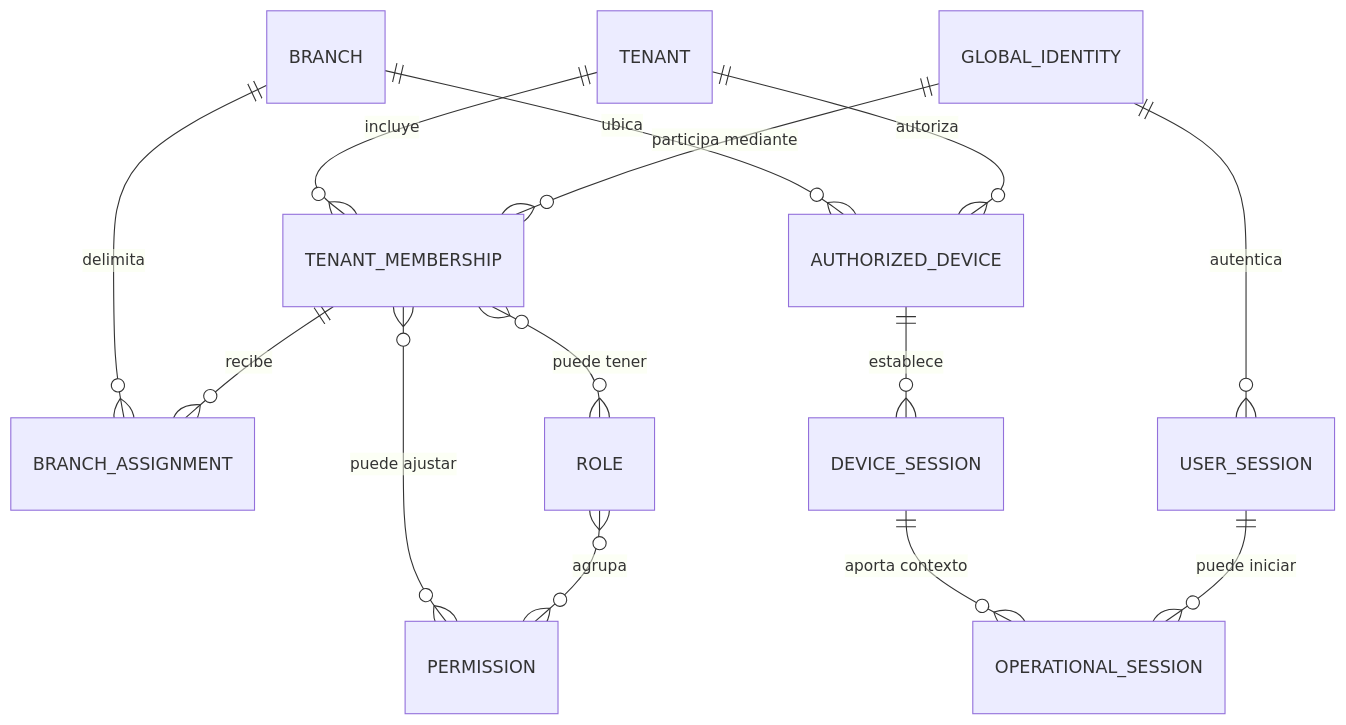
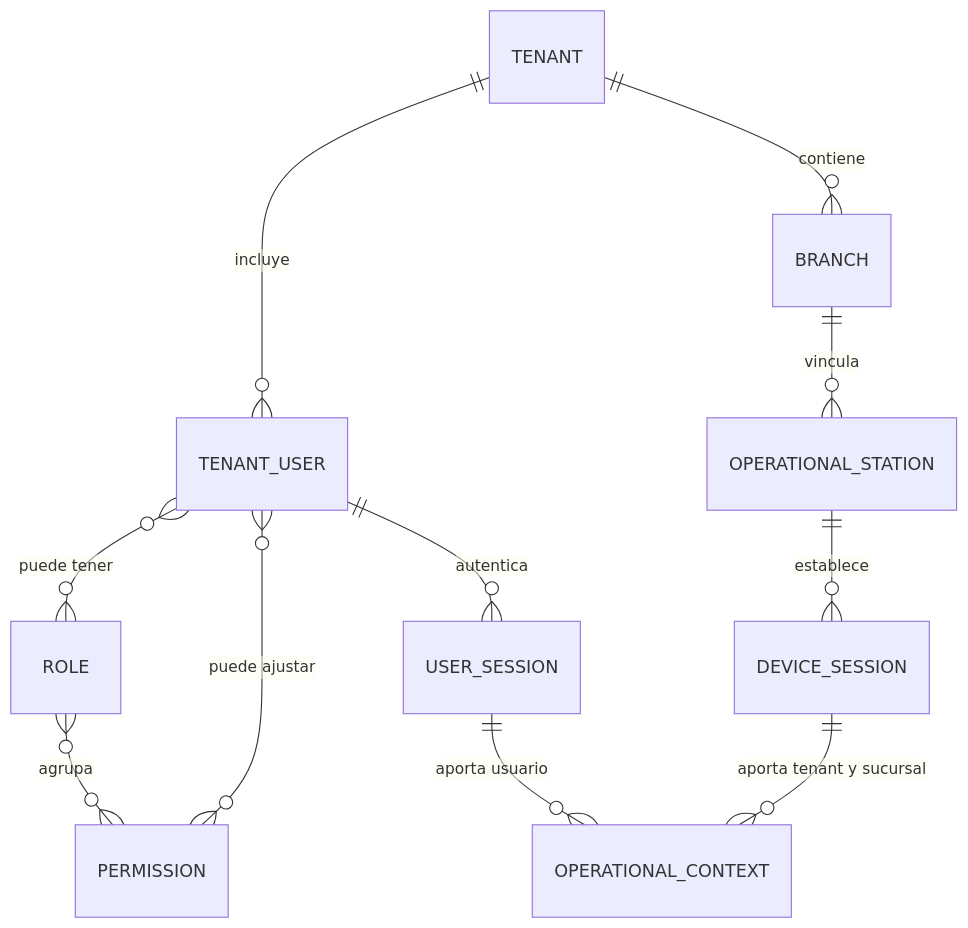
One commit to luisgtzaviles/SrTaller-2.0 changed the first of 2 diagrams in docs/architecture/IDENTITY_ACCESS_AND_PERMISSIONS.md. Above: the diagram before and after it, drawn with Mermaid. The commit also changed other lines of this file and 67 other files, not shown here.

Commit message:
docs: accept station-bound operational context

````diff
--- a/docs/architecture/IDENTITY_ACCESS_AND_PERMISSIONS.md
+++ b/docs/architecture/IDENTITY_ACCESS_AND_PERMISSIONS.md
@@ -16,16 +16,13 @@
 ```mermaid
 erDiagram
-    GLOBAL_IDENTITY ||--o{ TENANT_MEMBERSHIP : "participa mediante"
-    TENANT ||--o{ TENANT_MEMBERSHIP : "incluye"
-    TENANT_MEMBERSHIP ||--o{ BRANCH_ASSIGNMENT : "recibe"
-    BRANCH ||--o{ BRANCH_ASSIGNMENT : "delimita"
-    TENANT_MEMBERSHIP }o--o{ ROLE : "puede tener"
+    TENANT ||--o{ TENANT_USER : "incluye"
+    TENANT_USER }o--o{ ROLE : "puede tener"
     ROLE }o--o{ PERMISSION : "agrupa"
-    TENANT_MEMBERSHIP }o--o{ PERMISSION : "puede ajustar"
-    TENANT ||--o{ AUTHORIZED_DEVICE : "autoriza"
-    BRANCH ||--o{ AUTHORIZED_DEVICE : "ubica"
-    AUTHORIZED_DEVICE ||--o{ DEVICE_SESSION : "establece"
-    GLOBAL_IDENTITY ||--o{ USER_SESSION : "autentica"
-    USER_SESSION ||--o{ OPERATIONAL_SESSION : "puede iniciar"
-    DEVICE_SESSION ||--o{ OPERATIONAL_SESSION : "aporta contexto"
+    TENANT_USER }o--o{ PERMISSION : "puede ajustar"
+    TENANT ||--o{ BRANCH : "contiene"
+    BRANCH ||--o{ OPERATIONAL_STATION : "vincula"
+    OPERATIONAL_STATION ||--o{ DEVICE_SESSION : "establece"
+    TENANT_USER ||--o{ USER_SESSION : "autentica"
+    USER_SESSION ||--o{ OPERATIONAL_CONTEXT : "aporta usuario"
+    DEVICE_SESSION ||--o{ OPERATIONAL_CONTEXT : "aporta tenant y sucursal"
 ```
````
